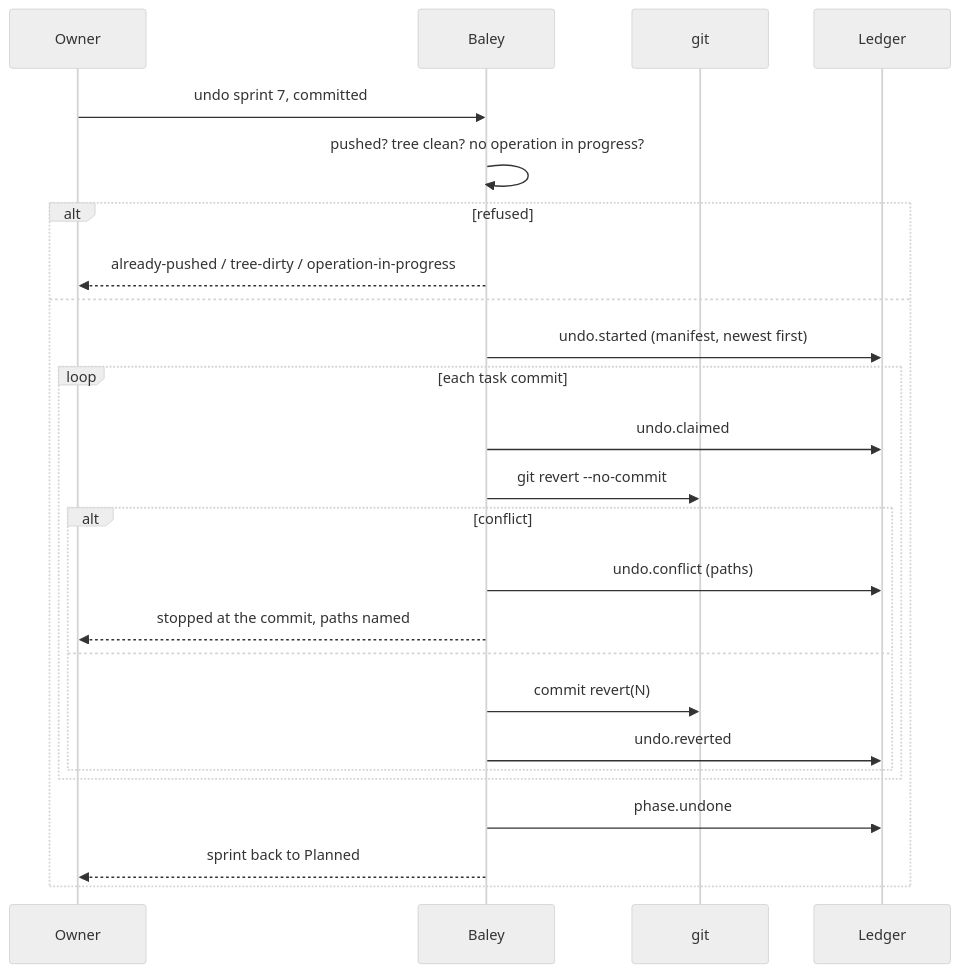
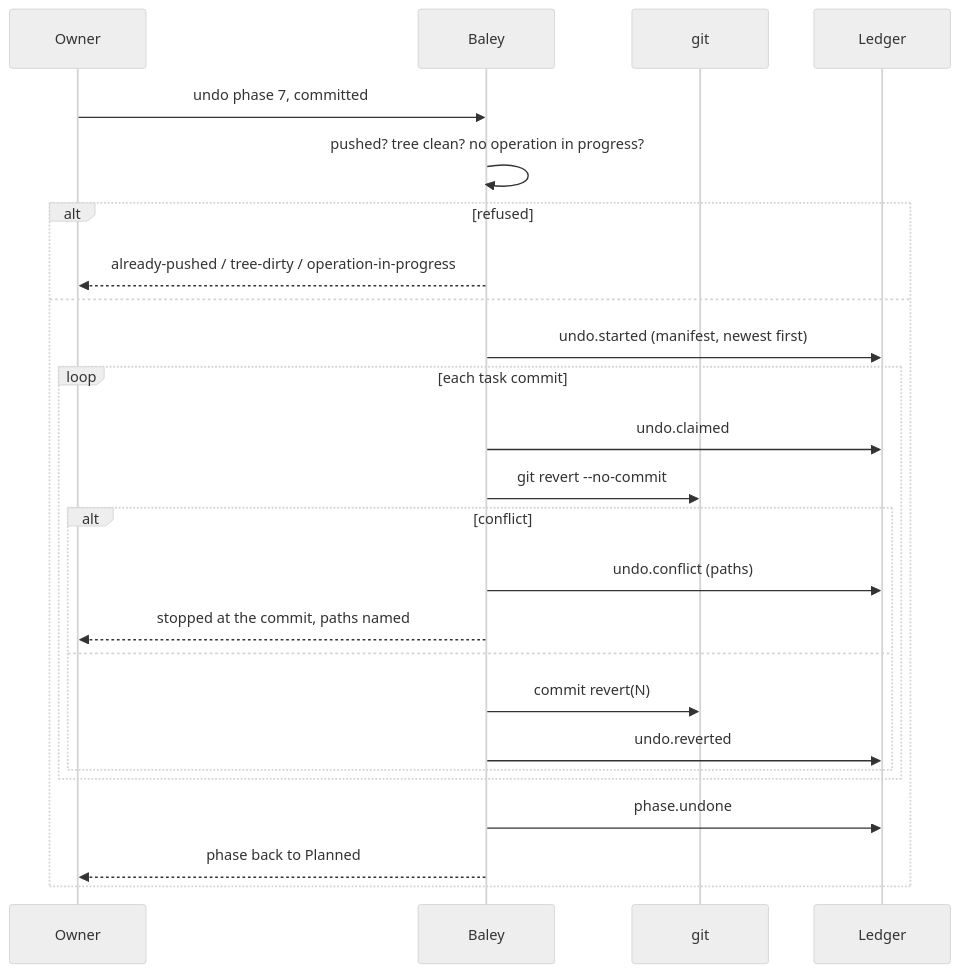
The sixth of 6 diagrams in docs/design/0011-milestones-landing-undo-pause.md (crenshawdev/baley), drawn with Mermaid (neutral theme) before and after one commit. The commit also changed other lines of this file and 21 other files, not shown here.

````diff
--- a/docs/design/0011-milestones-landing-undo-pause.md
+++ b/docs/design/0011-milestones-landing-undo-pause.md
@@ -312,27 +312,27 @@
 ```mermaid
 sequenceDiagram
   participant O as Owner
   participant B as Baley
   participant G as git
   participant L as Ledger
-  O->>B: undo sprint 7, committed
+  O->>B: undo phase 7, committed
   B->>B: pushed? tree clean? no operation in progress?
   alt refused
     B-->>O: already-pushed / tree-dirty / operation-in-progress
   else
     B->>L: undo.started (manifest, newest first)
     loop each task commit
       B->>L: undo.claimed
       B->>G: git revert --no-commit
       alt conflict
         B->>L: undo.conflict (paths)
         B-->>O: stopped at the commit, paths named
       else
         B->>G: commit revert(N)
         B->>L: undo.reverted
       end
     end
     B->>L: phase.undone
-    B-->>O: sprint back to Planned
+    B-->>O: phase back to Planned
   end
 ```
````
